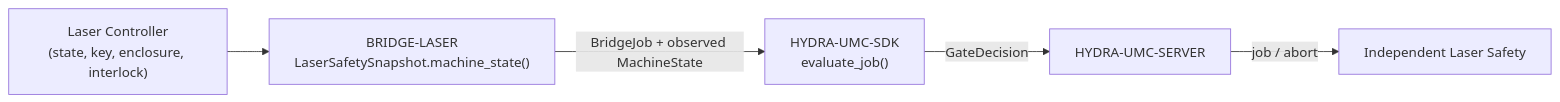
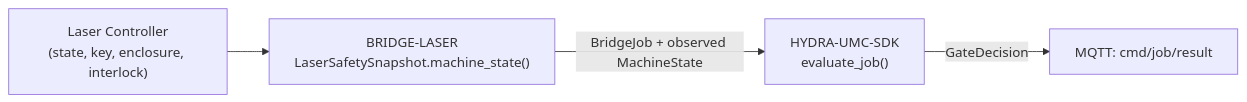
One commit to JuanenRac/HYDRA-UMC-BRIDGE-LASER changed the diagram in README.md. Above: the diagram before and after it, drawn with Mermaid. The commit also changed other lines of this file and 26 other files, not shown here.

````diff
--- a/README.md
+++ b/README.md
@@ -50,7 +51,6 @@
 ```mermaid
 flowchart LR
     LASER["Laser Controller<br/>(state, key, enclosure, interlock)"] --> BRIDGE["BRIDGE-LASER<br/>LaserSafetySnapshot.machine_state()"]
     BRIDGE -- "BridgeJob + observed MachineState" --> SDK["HYDRA-UMC-SDK<br/>evaluate_job()"]
-    SDK -- GateDecision --> SERVER["HYDRA-UMC-SERVER"]
-    SERVER -- "job / abort" --> SAFETY["Independent Laser Safety"]
+    SDK -- GateDecision --> RESULT["MQTT: cmd/job/result"]
 ```
````
